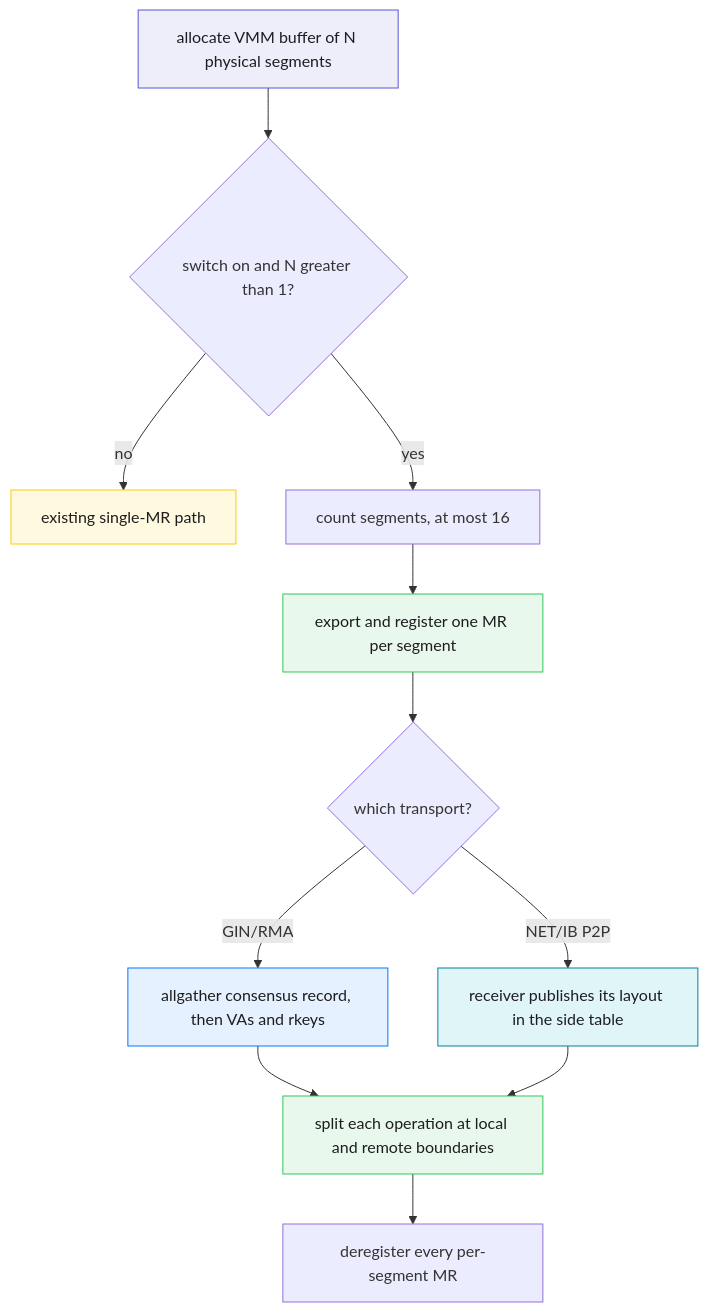
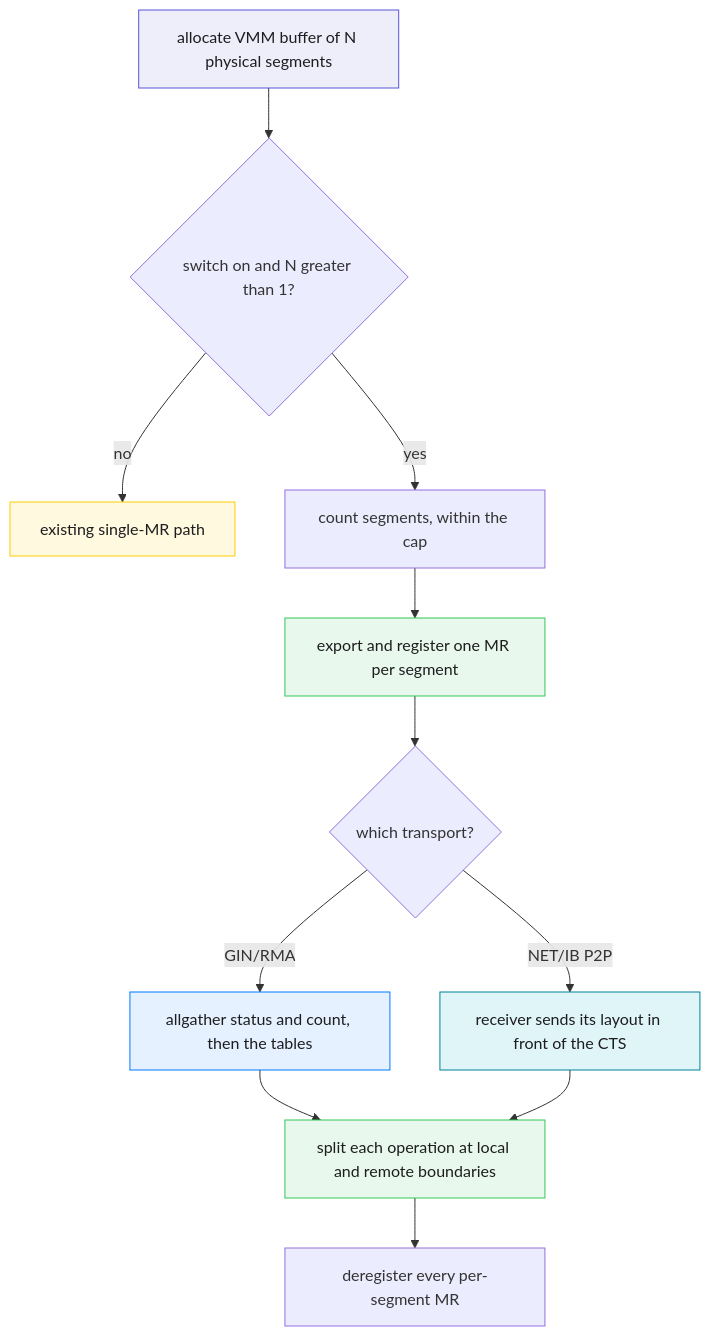
Before and after one commit to ROCm/rocm-systems: the first of 4 diagrams in projects/rccl/docs/design/multi_segment_overview.md, drawn with Mermaid. The commit also changed other lines of this file and 16 other files, not shown here.

````diff
--- a/projects/rccl/docs/design/multi_segment_overview.md
+++ b/projects/rccl/docs/design/multi_segment_overview.md
@@ -19,24 +21,24 @@
 ```mermaid
 %% caption: The five stages of a multi-segment buffer
 flowchart TD
  alloc["allocate VMM buffer of N physical segments"] --> sw{"switch on and N greater than 1?"}
  sw -->|no| legacy["existing single-MR path"]
- sw -->|yes| count["count segments, at most 16"]
+ sw -->|yes| count["count segments, within the cap"]
  count --> mrs["export and register one MR per segment"]
  mrs --> kind{"which transport?"}
- kind -->|"GIN/RMA"| cons["allgather consensus record, then VAs and rkeys"]
- kind -->|"NET/IB P2P"| side["receiver publishes its layout in the side table"]
+ kind -->|"GIN/RMA"| cons["allgather status and count, then the tables"]
+ kind -->|"NET/IB P2P"| side["receiver sends its layout in front of the CTS"]
  cons --> split["split each operation at local and remote boundaries"]
  side --> split
  split --> dereg["deregister every per-segment MR"]
  classDef devmem fill:#eeeefb,stroke:#5856d6,color:#1d1d1f
  classDef okpath fill:#e8f8ec,stroke:#34c759,color:#1d1d1f
  classDef stagepath fill:#fff9e0,stroke:#ffcc00,color:#1d1d1f
  classDef gin fill:#e5f1ff,stroke:#007aff,color:#1d1d1f
  classDef netib fill:#e0f5f8,stroke:#008299,color:#1d1d1f
  class alloc devmem
  class mrs,split okpath
  class legacy stagepath
  class cons gin
  class side netib
 ```
````
